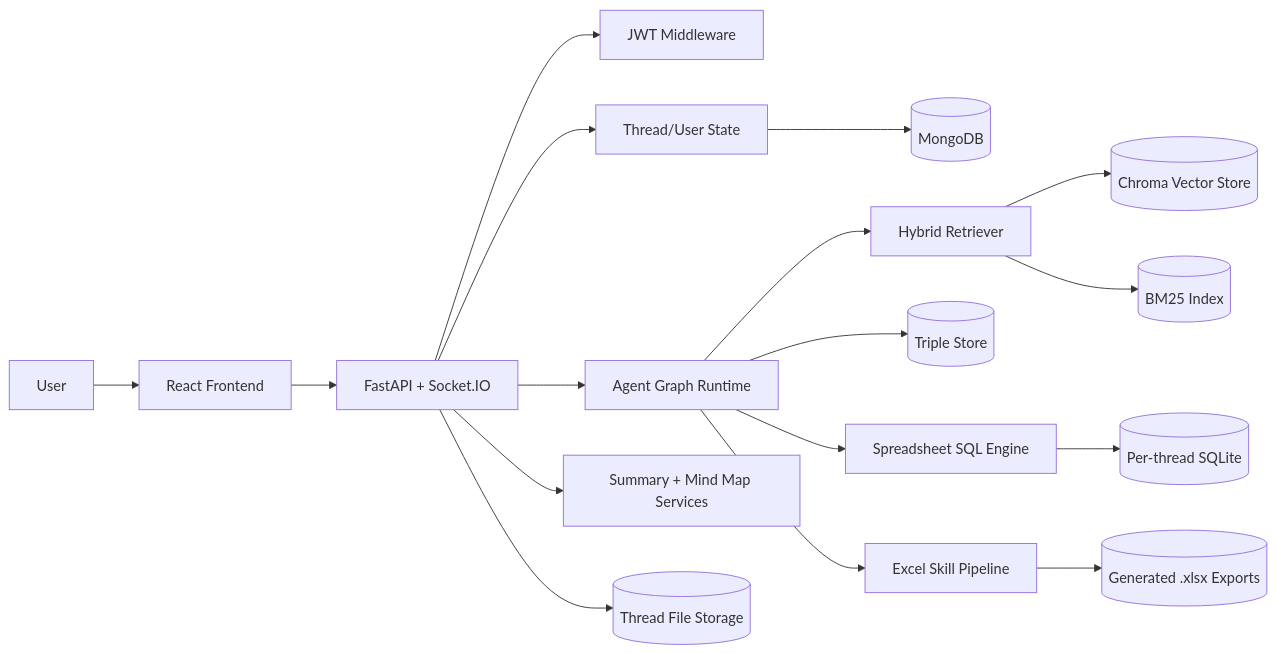
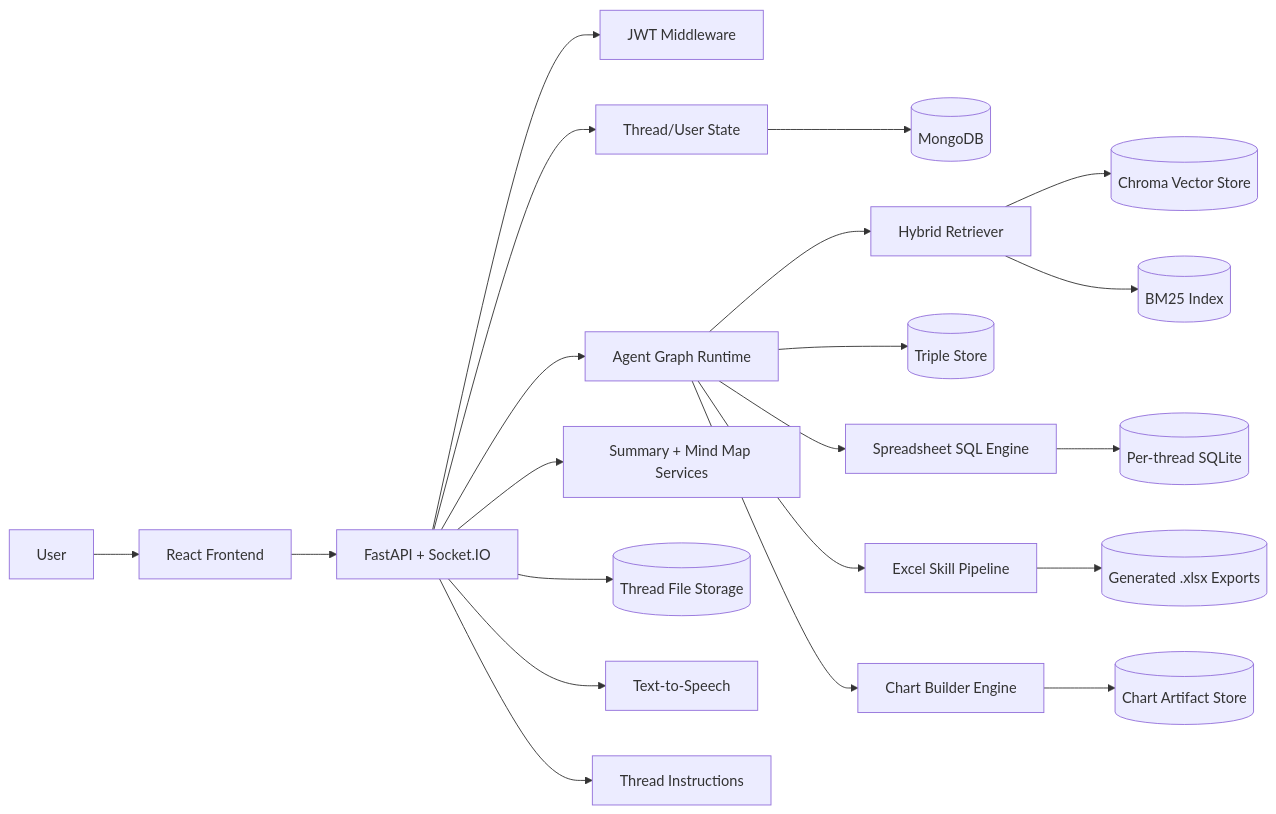
One commit to Fyxod/NatWest-Code-for-Purpose changed the diagram in README.md. Above: the diagram before and after it, drawn with Mermaid. The commit also changed other lines of this file, not shown here.

````diff
--- a/README.md
+++ b/README.md
@@ -338,25 +459,30 @@
 ```mermaid
 flowchart LR
     U[User] --> FE[React Frontend]
     FE --> API[FastAPI + Socket.IO]
 
     API --> AUTH[JWT Middleware]
     API --> AGENT[Agent Graph Runtime]
     API --> THREADS[Thread/User State]
 
     THREADS --> MONGO[(MongoDB)]
 
     AGENT --> RETR[Hybrid Retriever]
     RETR --> CHROMA[(Chroma Vector Store)]
     RETR --> BM25[(BM25 Index)]
     AGENT --> TRIPLES[(Triple Store)]
 
     AGENT --> SQL[Spreadsheet SQL Engine]
     SQL --> SQLITE[(Per-thread SQLite)]
 
     AGENT --> EXCEL[Excel Skill Pipeline]
     EXCEL --> XLSX[(Generated .xlsx Exports)]
 
+    AGENT --> CHARTS[Chart Builder Engine]
+    CHARTS --> CHARTSTORE[(Chart Artifact Store)]
+
     API --> STUDIO[Summary + Mind Map Services]
     API --> STORAGE[(Thread File Storage)]
+    API --> TTS[Text-to-Speech]
+    API --> INSTRUCT[Thread Instructions]
 ```
````
